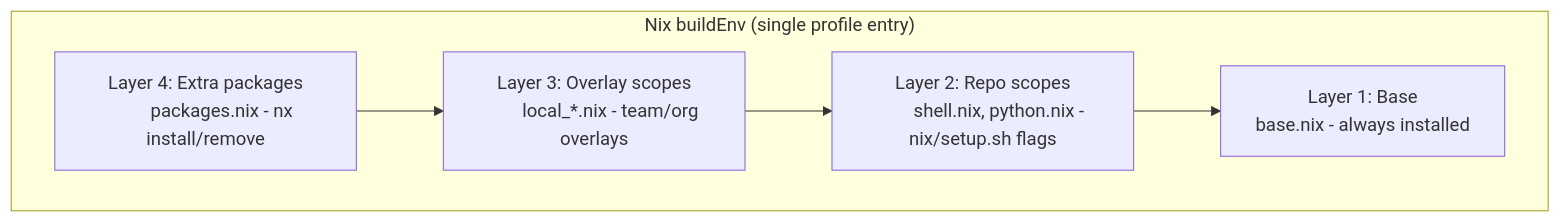
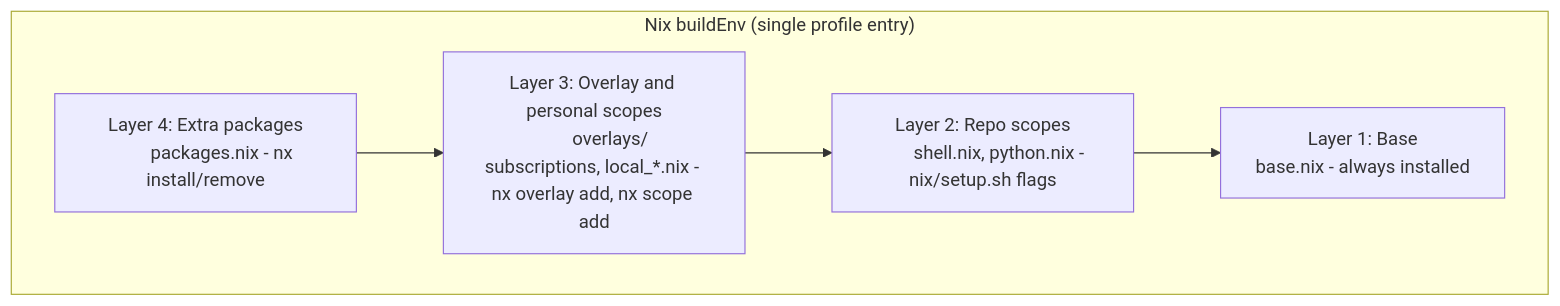
Before and after one commit to szymonos/envy-nx: the diagram in docs/customization.md, drawn with Mermaid. The commit also changed other lines of this file and 42 other files, not shown here.

Commit message:
feat(overlay): subscribe to overlays by name with nx overlay add

````diff
--- a/docs/customization.md
+++ b/docs/customization.md
@@ -9,15 +9,15 @@
 ```mermaid
 graph TD
     subgraph "Nix buildEnv (single profile entry)"
         L4["Layer 4: Extra packages
         packages.nix - nx install/remove"]
-        L3["Layer 3: Overlay scopes
-        local_*.nix - team/org overlays"]
+        L3["Layer 3: Overlay and personal scopes
+        overlays/ subscriptions, local_*.nix - nx overlay add, nx scope add"]
         L2["Layer 2: Repo scopes
         shell.nix, python.nix - nix/setup.sh flags"]
         L1["Layer 1: Base
         base.nix - always installed"]
     end
 
     L4 --> L3 --> L2 --> L1
 ```
````
